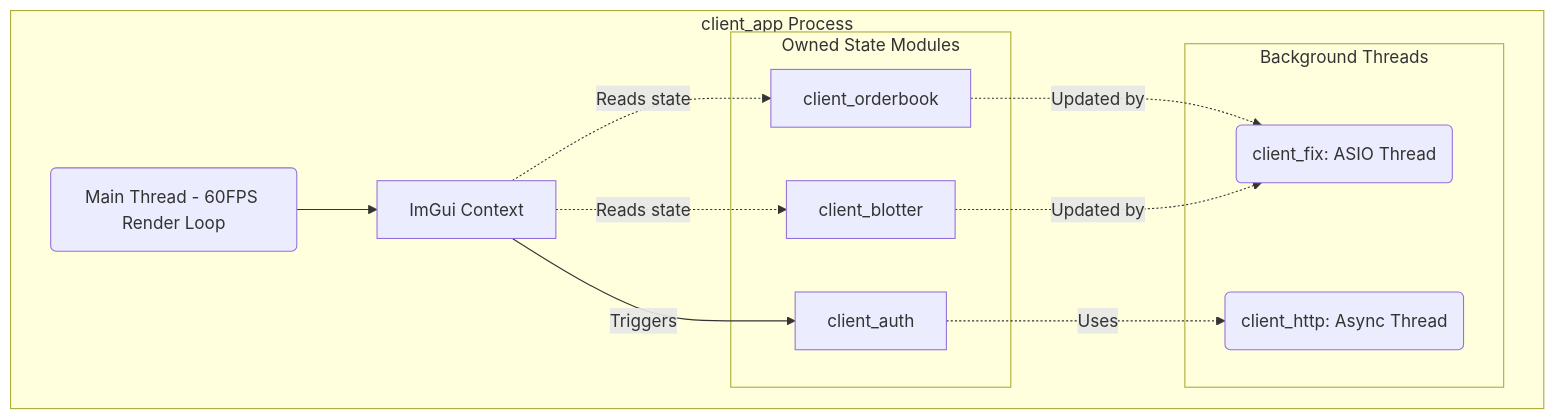
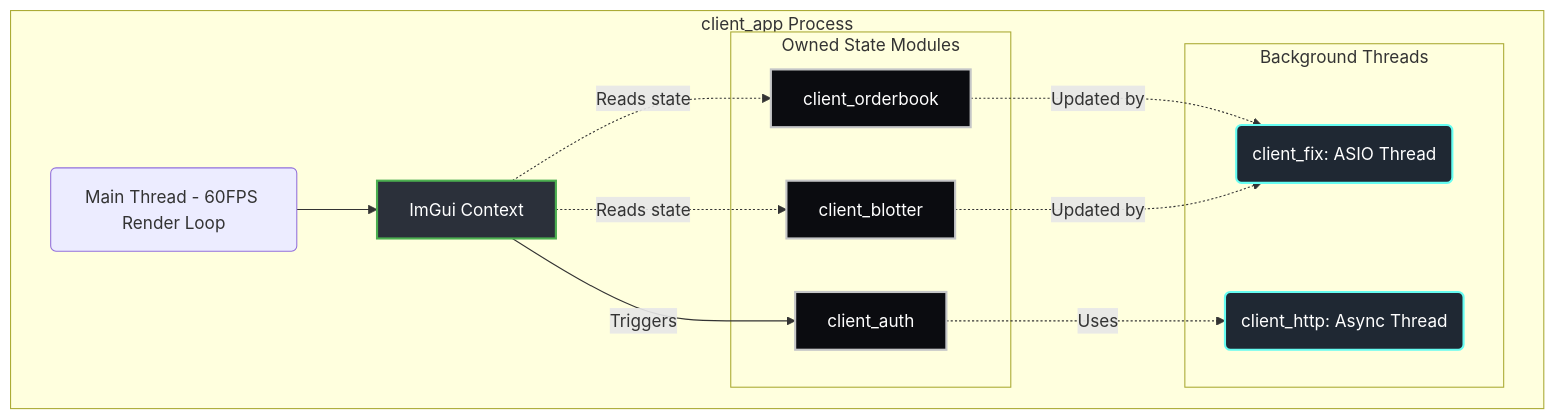
The first of 2 diagrams in client/client_app/README.md (SujalChoudhari/BetaTrader), drawn with Mermaid before and after one commit. The commit also changed 9 other files, not shown here.

````diff
--- a/client/client_app/README.md
+++ b/client/client_app/README.md
@@ -19,27 +19,31 @@
 ```mermaid
 graph TD
+    classDef ui fill:#2b303a,stroke:#4caf50,stroke-width:2px,color:white;
+    classDef net fill:#1f2833,stroke:#66fcf1,stroke-width:2px,color:white;
+    classDef logic fill:#0b0c10,stroke:#c5c6c7,stroke-width:2px,color:white;
+
     subgraph "client_app Process"
         MAIN(Main Thread - 60FPS Render Loop)
-        UI[ImGui Context]
+        UI[ImGui Context]:::ui
         
         subgraph "Owned State Modules"
-            OB[client_orderbook]
-            BLOT[client_blotter]
-            AUTH[client_auth]
+            OB[client_orderbook]:::logic
+            BLOT[client_blotter]:::logic
+            AUTH[client_auth]:::logic
         end
         
         subgraph "Background Threads"
-            FIX(client_fix: ASIO Thread)
-            HTTP(client_http: Async Thread)
+            FIX(client_fix: ASIO Thread):::net
+            HTTP(client_http: Async Thread):::net
         end
     end
 
     MAIN --> UI
     UI -.->|Reads state| OB
     UI -.->|Reads state| BLOT
     UI -->|Triggers| AUTH
     
     OB -.->|Updated by| FIX
     BLOT -.->|Updated by| FIX
     AUTH -.->|Uses| HTTP
 ```
````
